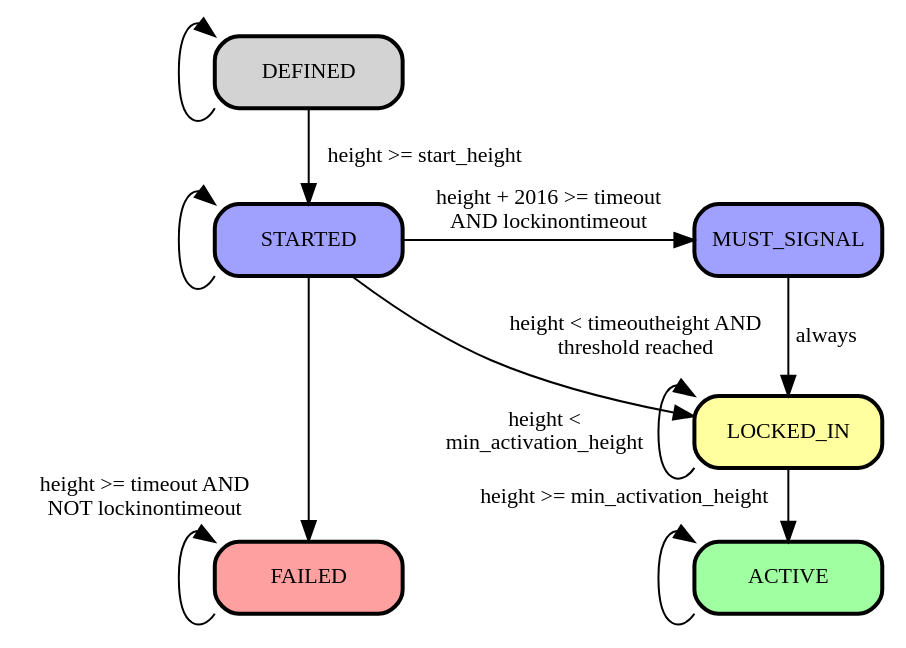
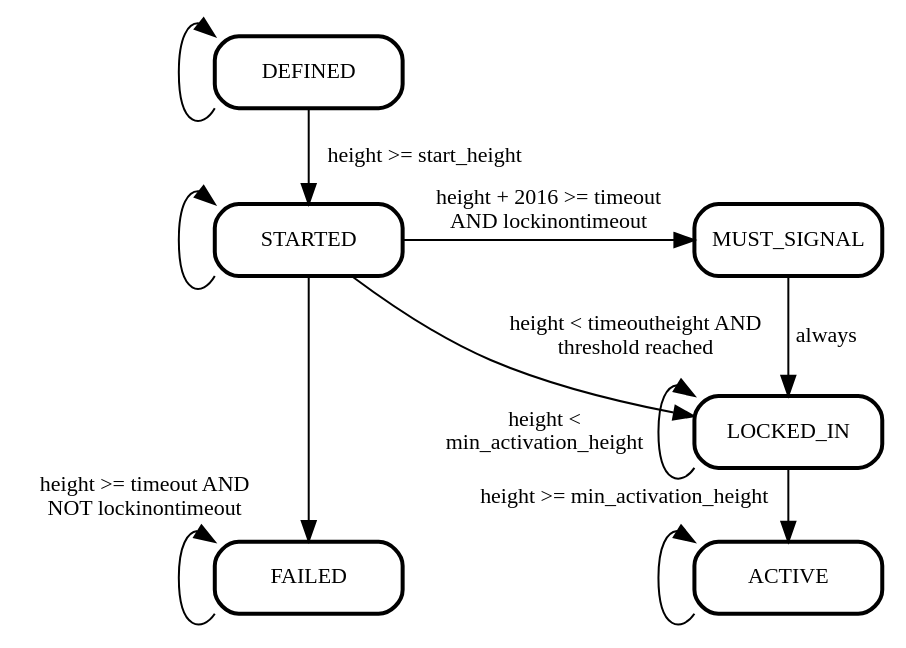
Before and after one commit to Sjors/nado-book: the diagram in taproot/bip8.dot, drawn with Graphviz. The commit also changed 7 other files, not shown here.

```diff
--- a/taproot/bip8.dot
+++ b/taproot/bip8.dot
@@ -1,43 +1,43 @@
 digraph {
   rankdir=TD;
 
-  node [fontname="lmtt", fontsize=11, fixedsize=true, width=1.3, shape=box, style="rounded,filled,bold"];
+  node [fontname="lmtt", fontsize=11, fixedsize=true, width=1.3, shape=box, style="rounded,bold"];
 
   edge [fontname="lmtt", fontsize=11];
 
   edge [weight = 100];
   "DEFINED" -> "STARTED" [label=" height >= start_height"];
   "STARTED" -> "MUST_SIGNAL" [label="height + 2016 >= timeout\nAND lockinontimeout"];
   "STARTED" -> "FAILED" [
     headlabel=" height >= timeout AND\nNOT lockinontimeout"
     labeldistance=8.5
     labelangle=75
   ];
   "LOCKED_IN" -> "ACTIVE" [
     headlabel="height >= min_activation_height"
     labeldistance=8.5
     labelangle=75
   ];
   "MUST_SIGNAL" -> "LOCKED_IN" [label=" always"];
 
   edge [weight = 1];
   "STARTED" -> "LOCKED_IN" [label="height < timeoutheight AND\nthreshold reached"];
   "LOCKED_IN":sw -> "LOCKED_IN":nw [label="height <\nmin_activation_height"];
 
   "FAILED" -> "LOCKED_IN" [style=invis];
 
   "DEFINED":sw -> "DEFINED":nw;
   "STARTED":sw -> "STARTED":nw;
   "ACTIVE":sw -> "ACTIVE":nw;
   "FAILED":sw -> "FAILED":nw;
 
-  "STARTED" [fillcolor="#a0a0ff"];
-  "MUST_SIGNAL" [fillcolor="#a0a0ff"];
-  "LOCKED_IN" [fillcolor="#ffffa0"];
-  "ACTIVE" [fillcolor="#a0ffa0"];
-  "FAILED" [fillcolor="#ffa0a0"];
+  "STARTED";
+  "MUST_SIGNAL";
+  "LOCKED_IN";
+  "ACTIVE";
+  "FAILED";
 
   { rank=same; "STARTED" "MUST_SIGNAL" }
   { rank=same; "FAILED" "ACTIVE" }
   { rank=sink; "FAILED" }
 }
```
